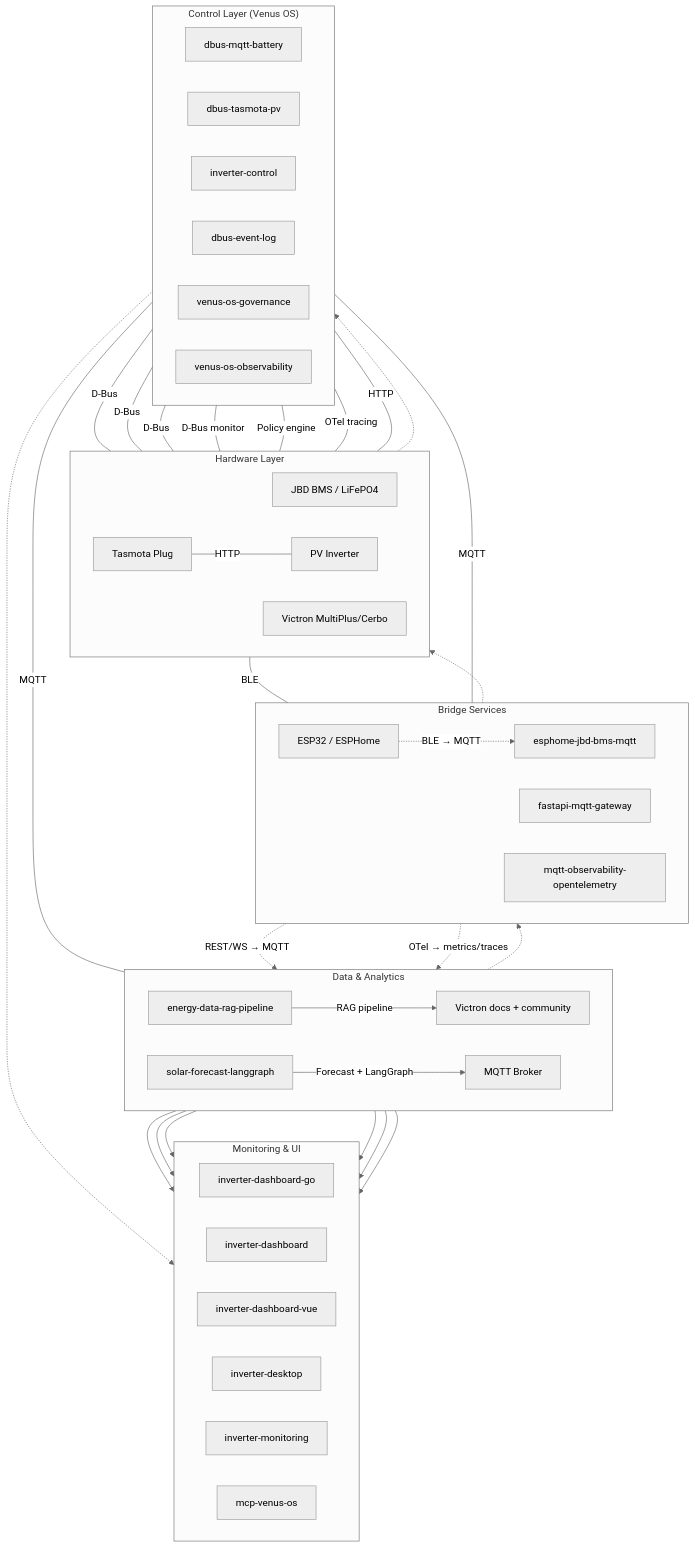
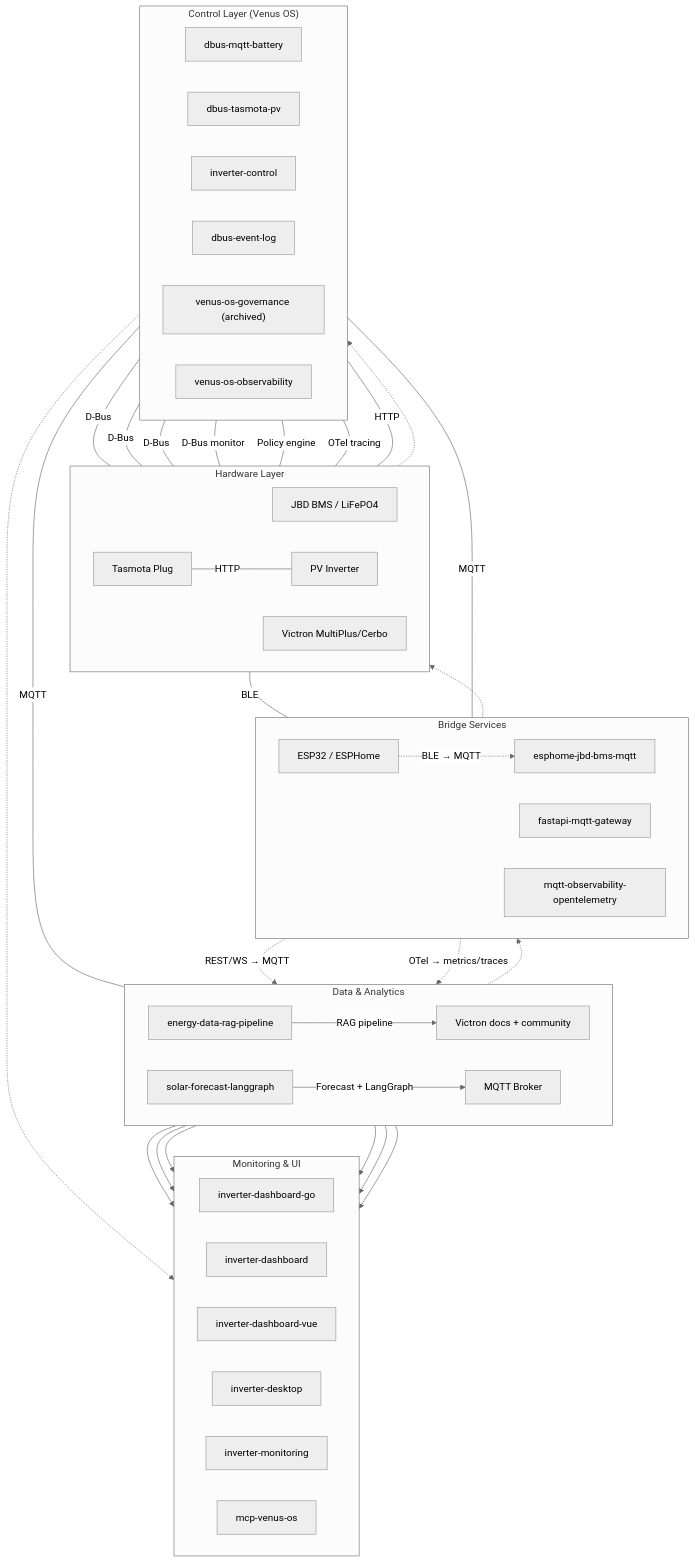
The diagram in README.md (4alvit/4alvit), drawn with Mermaid (neutral theme) before and after one commit. The commit also changed other lines of this file, not shown here.

Commit message:
docs: mark venus-os-governance archived (superseded by inverter-control safety) (#2)

````diff
--- a/README.md
+++ b/README.md
@@ -19,51 +19,51 @@
 ```mermaid
 graph TD
     subgraph Data["Data & Analytics"]
         direction LR
         RAG[energy-data-rag-pipeline] -->|RAG pipeline| DOCS[Victron docs + community]
         SF[solar-forecast-langgraph] -->|Forecast + LangGraph| MQTT
     end
 
     subgraph Bridge["Bridge Services"]
         direction LR
         ESP -.->|BLE → MQTT| ESPH[esphome-jbd-bms-mqtt]
         FG[fastapi-mqtt-gateway] -.->|REST/WS → MQTT| MQTT[MQTT Broker]
         MO[mqtt-observability-opentelemetry] -.->|OTel → metrics/traces| MQTT
     end
 
     subgraph Hardware["Hardware Layer"]
         direction LR
         BMS[JBD BMS / LiFePO4] -- BLE --- ESP[ESP32 / ESPHome]
         TP[Tasmota Plug] -- HTTP --- PV[PV Inverter]
         VIC[Victron MultiPlus/Cerbo]
     end
 
     subgraph Control["Control Layer (Venus OS)"]
         direction LR
         ESP -- MQTT --- BM[dbus-mqtt-battery]
         TP -- HTTP --- TV[dbus-tasmota-pv]
         BM -- D-Bus --- VIC
         TV -- D-Bus --- VIC
         IC[inverter-control] -- D-Bus --- VIC
         EL[dbus-event-log] -- D-Bus monitor --- VIC
-        GOV[venus-os-governance] -- Policy engine --- VIC
+        GOV["venus-os-governance (archived)"] -- Policy engine --- VIC
         OBS[venus-os-observability] -- OTel tracing --- VIC
     end
 
     subgraph UI["Monitoring & UI"]
         direction LR
         IC -- MQTT --- MQTT
         MQTT --> DGO[inverter-dashboard-go]
         MQTT --> DPY[inverter-dashboard]
         MQTT --> DVUE[inverter-dashboard-vue]
         MQTT --> DT[inverter-desktop]
         MQTT --> MON[inverter-monitoring]
         MQTT --> MCP[mcp-venus-os]
     end
 
     %% Invisible edges to force vertical stack order
     Data -.-> Bridge
     Bridge -.-> Hardware
     Hardware -.-> Control
     Control -.-> UI
 ```
````
